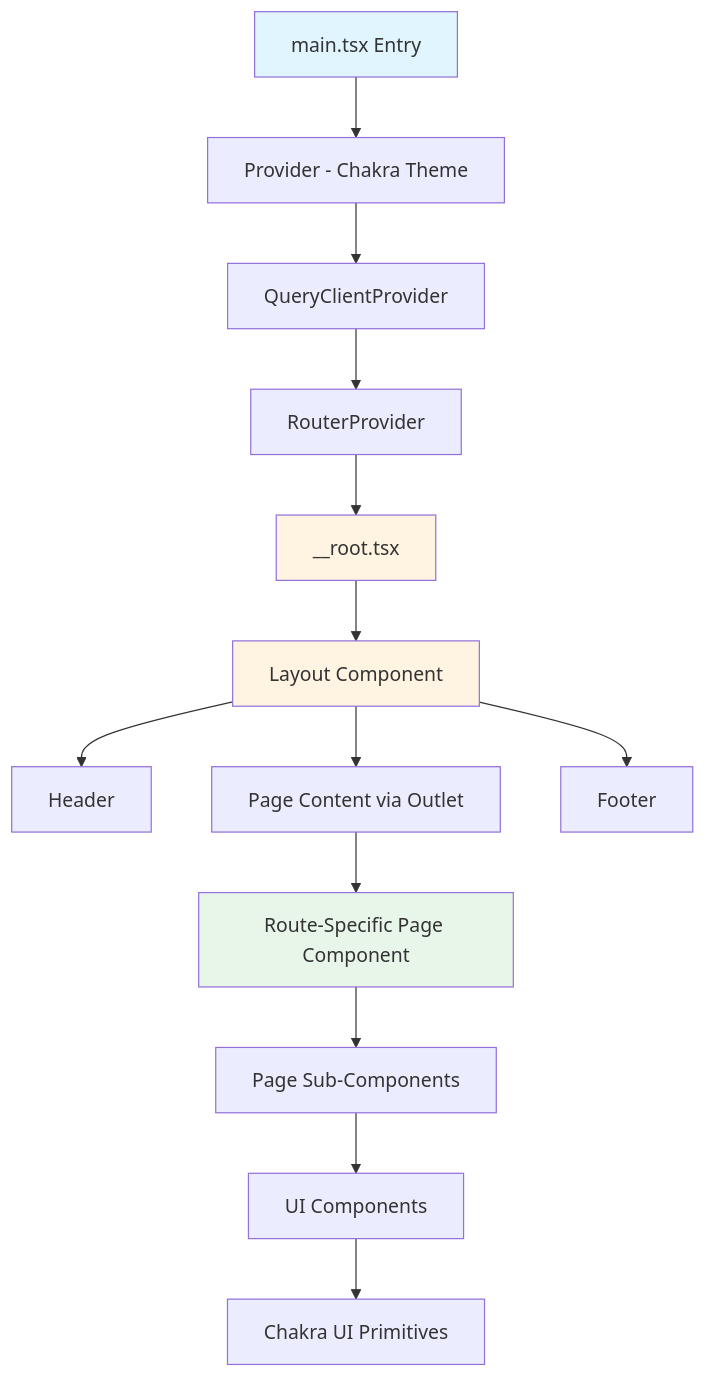
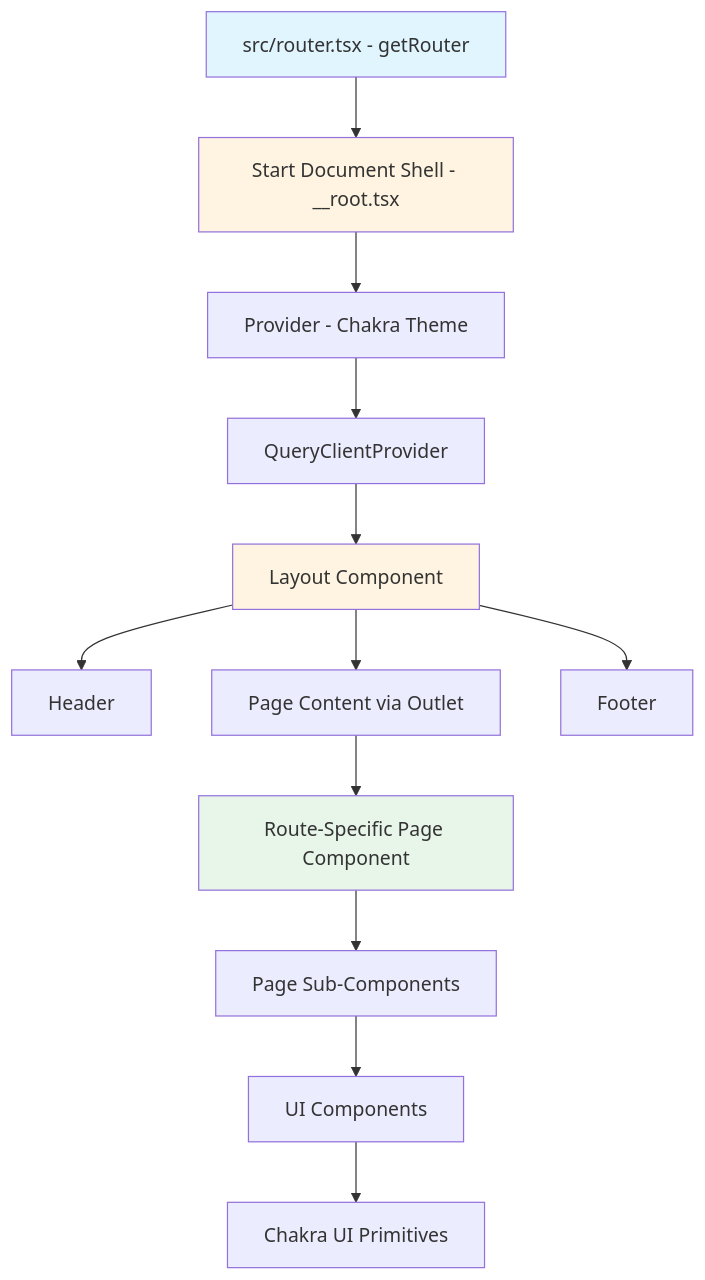
One commit to agustinusnathaniel/vite-react-chakra-starter changed the first of 2 diagrams in SPEC.md. Above: the diagram before and after it, drawn with Mermaid. The commit also changed other lines of this file and 7 other files, not shown here.

````diff
--- a/SPEC.md
+++ b/SPEC.md
@@ -29,20 +29,19 @@
 ```mermaid
 graph TD
-    A[main.tsx Entry] --> B[Provider - Chakra Theme]
-    B --> C[QueryClientProvider]
-    C --> D[RouterProvider]
-    D --> E[__root.tsx]
-    E --> F[Layout Component]
-    F --> G[Header]
-    F --> H[Page Content via Outlet]
-    F --> I[Footer]
-    H --> J[Route-Specific Page Component]
-    J --> K[Page Sub-Components]
-    K --> L[UI Components]
-    L --> M[Chakra UI Primitives]
+    A[src/router.tsx - getRouter] --> B[Start Document Shell - __root.tsx]
+    B --> C[Provider - Chakra Theme]
+    C --> D[QueryClientProvider]
+    D --> E[Layout Component]
+    E --> F[Header]
+    E --> G[Page Content via Outlet]
+    E --> H[Footer]
+    G --> I[Route-Specific Page Component]
+    I --> J[Page Sub-Components]
+    J --> K[UI Components]
+    K --> L[Chakra UI Primitives]
     
     style A fill:#e1f5ff
+    style B fill:#fff4e1
     style E fill:#fff4e1
-    style F fill:#fff4e1
-    style J fill:#e8f5e9
+    style I fill:#e8f5e9
 ```
````
